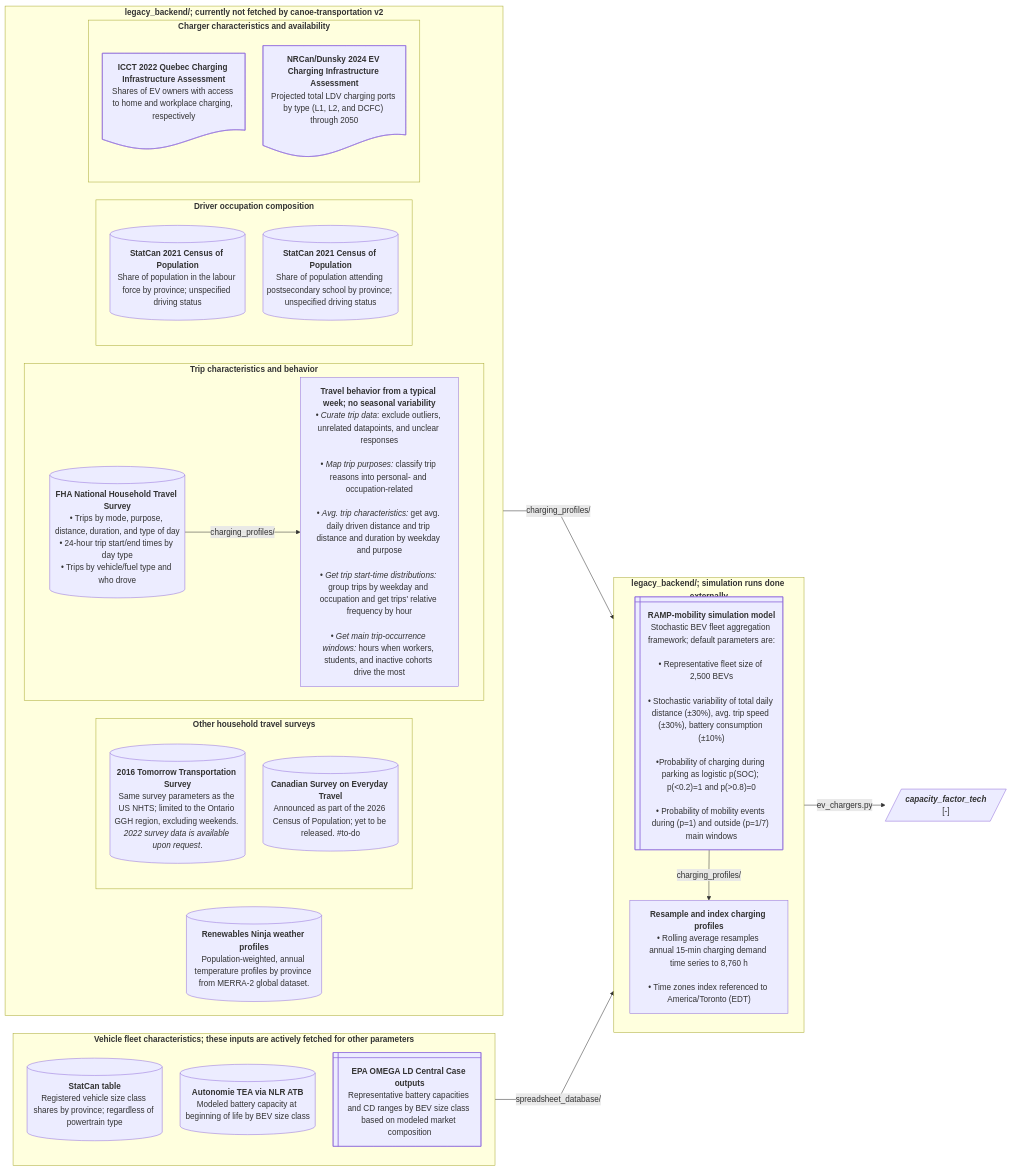
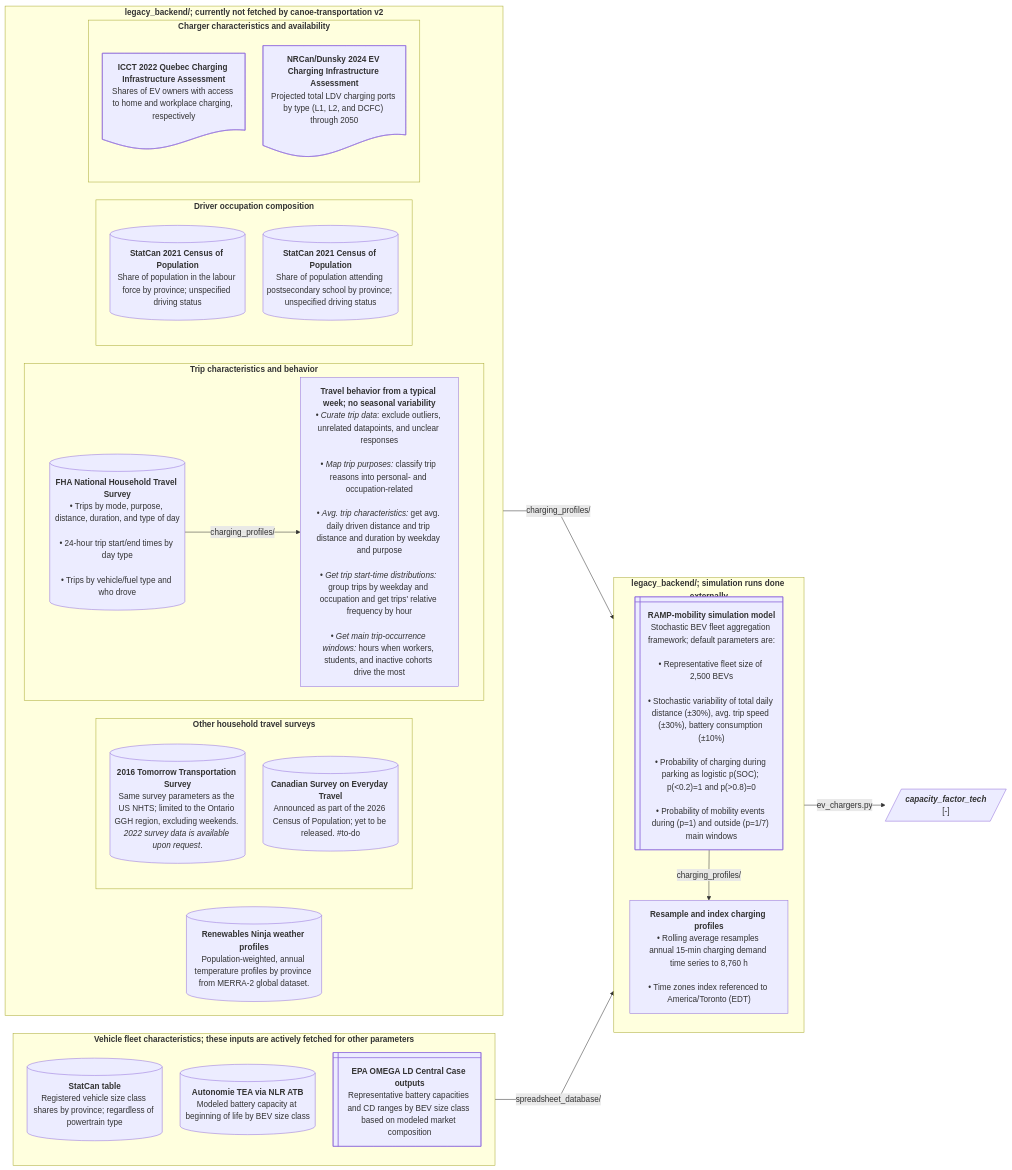
Before and after one commit to CANOE-main/canoe-transportation: the tenth of 12 diagrams in docs/etl_flowcharts.md, drawn with Mermaid. The commit also changed other lines of this file and 10 other files, not shown here.

```diff
--- a/docs/etl_flowcharts.md
+++ b/docs/etl_flowcharts.md
@@ -684,51 +837,77 @@
     curve: linear
 ---
 flowchart LR
-	%% --- Sources ---
+  %% ########### Sources ###########
   subgraph vehicle["`**Vehicle fleet characteristics; these inputs are actively fetched for other parameters**`"]
-  direction TB
-    s3[("`**StatCan table**<br>Registered vehicle size class shares by province; regardless of powertrain type`")]
-    s8[("`**Autonomie TEA via NLR ATB**<br>Modeled battery capacity at beginning of life by BEV size class`")]
-    s9@{shape: win-pane, label: "**EPA OMEGA LD Central Case outputs**<br>Representative battery capacities and CD ranges by BEV size class based on modeled market composition"}
+    direction TB
+    s3[("`**StatCan table**
+      Registered vehicle size class shares by province; regardless of powertrain type`")]
+    s8[("`**Autonomie TEA via NLR ATB**
+      Modeled battery capacity at beginning of life by BEV size class`")]
+    s9@{shape: win-pane, label: "**EPA OMEGA LD Central Case outputs**
+      Representative battery capacities and CD ranges by BEV size class based on modeled market composition"}
   end
 
   subgraph legacy["`**legacy_backend/; currently not fetched by canoe-transportation v2**`"]
-    s0[("`**Renewables Ninja weather profiles**<br>Population-weighted, annual temperature profiles by province from MERRA-2 global dataset.`")]
-  direction LR
+    s0[("`**Renewables Ninja weather profiles**
+      Population-weighted, annual temperature profiles by province from MERRA-2 global dataset.`")]
+    direction LR
     subgraph trip_other["`**Other household travel surveys**`"]
-      s1_2[("`**2016 Tomorrow Transportation Survey**<br>Same survey parameters as the US NHTS; limited to the Ontario GGH region, excluding weekends. *2022 survey data is available upon request*.`")]
-      s2[("`**Canadian Survey on Everyday Travel**<br>Announced as part of the 2026 Census of Population; yet to be released. #to-do`")]
+      s1_2[("`**2016 Tomorrow Transportation Survey**
+        Same survey parameters as the US NHTS; limited to the Ontario GGH region, excluding weekends. *2022 survey data is available upon request*.`")]
+      s2[("`**Canadian Survey on Everyday Travel**
+        Announced as part of the 2026 Census of Population; yet to be released. #to-do`")]
     end
 
     subgraph trip["`**Trip characteristics and behavior**`"]
       direction LR
-      s1[("`**FHA National Household Travel Survey**<br>• Trips by mode, purpose, distance, duration, and type of day<br>• 24-hour trip start/end times by day type<br>• Trips by vehicle/fuel type and who drove`")]
-      p1["`**Travel behavior from a typical week; no seasonal variability**<br>• *Curate trip data*: exclude outliers, unrelated datapoints, and unclear responses<br><br>• *Map trip purposes:* classify trip reasons into personal- and occupation-related<br><br>• *Avg. trip characteristics:* get avg. daily driven distance and trip distance and duration by weekday and purpose<br><br>• *Get trip start-time distributions:* group trips by weekday and occupation and get trips' relative frequency by hour<br><br>• *Get main trip-occurrence windows:* hours when workers, students, and inactive cohorts drive the most`"]
+      s1[("`**FHA National Household Travel Survey**
+        • Trips by mode, purpose, distance, duration, and type of day<br>
+        • 24-hour trip start/end times by day type<br>
+        • Trips by vehicle/fuel type and who drove`")]
+      p1["`**Travel behavior from a typical week; no seasonal variability**
+        • *Curate trip data*: exclude outliers, unrelated datapoints, and unclear responses<br>
+        • *Map trip purposes:* classify trip reasons into personal- and occupation-related<br>
+        • *Avg. trip characteristics:* get avg. daily driven distance and trip distance and duration by weekday and purpose<br>
+        • *Get trip start-time distributions:* group trips by weekday and occupation and get trips' relative frequency by hour<br>
+        • *Get main trip-occurrence windows:* hours when workers, students, and inactive cohorts drive the most`"]
       s1 -- charging_profiles/ --> p1
     end
 
     subgraph driver["`**Driver occupation composition**`"]
-      s4[("`**StatCan 2021 Census of Population**<br>Share of population in the labour force by province; unspecified driving status`")]
-      s5[("`**StatCan 2021 Census of Population**<br>Share of population attending postsecondary school by province; unspecified driving status`")]
+      s4[("`**StatCan 2021 Census of Population**
+        Share of population in the labour force by province; unspecified driving status`")]
+      s5[("`**StatCan 2021 Census of Population**
+        Share of population attending postsecondary school by province; unspecified driving status`")]
     end
 
     subgraph charger["`**Charger characteristics and availability**`"]
-      s6@{shape: doc, label: "**ICCT 2022 Quebec Charging Infrastructure Assessment**<br>Shares of EV owners with access to home and workplace charging, respectively"}
-      s7@{shape: doc, label: "**NRCan/Dunsky 2024 EV Charging Infrastructure Assessment**<br>Projected total LDV charging ports by type (L1, L2, and DCFC) through 2050<br>"}
+      s6@{shape: doc, label: "**ICCT 2022 Quebec Charging Infrastructure Assessment**
+        Shares of EV owners with access to home and workplace charging, respectively"}
+      s7@{shape: doc, label: "**NRCan/Dunsky 2024 EV Charging Infrastructure Assessment**
+        Projected total LDV charging ports by type (L1, L2, and DCFC) through 2050"}
     end
   end
 
-  %% --- Processes ---
+  %% ########### Processes ###########
   subgraph ramp["`**legacy_backend/; simulation runs done externally**`"]
-  direction TB
-    p2@{shape: win-pane, label: "**RAMP-mobility simulation model**<br>Stochastic BEV fleet aggregation framework; default parameters are:<br><br>• Representative fleet size of 2,500 BEVs<br><br>• Stochastic variability of total daily distance (±30%), avg. trip speed (±30%), battery consumption (±10%)<br><br>•Probability of charging during parking as logistic p(SOC); p(<0.2)=1 and p(>0.8)=0<br><br>• Probability of mobility events during (p=1) and outside (p=1/7) main windows"}
-    p3["`**Resample and index charging profiles**<br>• Rolling average resamples annual 15-min charging demand time series to 8,760 h<br><br>• Time zones index referenced to America/Toronto (EDT)`"]
+    direction TB
+    p2@{shape: win-pane, label: "**RAMP-mobility simulation model**
+      Stochastic BEV fleet aggregation framework; default parameters are:<br>
+      • Representative fleet size of 2,500 BEVs<br>
+      • Stochastic variability of total daily distance (±30%), avg. trip speed (±30%), battery consumption (±10%)<br>
+      • Probability of charging during parking as logistic p(SOC); p(<0.2)=1 and p(>0.8)=0<br>
+      • Probability of mobility events during (p=1) and outside (p=1/7) main windows"}
+    p3["`**Resample and index charging profiles**
+      • Rolling average resamples annual 15-min charging demand time series to 8,760 h<br>
+      • Time zones index referenced to America/Toronto (EDT)`"]
   end
   p2 -- charging_profiles/ --> p3
   legacy -- charging_profiles/ --> ramp
   vehicle -- spreadsheet_database/ --> ramp
 
-  ramp -- ev_chargers.py --> o1[/"`***capacity_factor_tech***<br>[-]`"/]
+  ramp -- ev_chargers.py --> o1[/"`***capacity_factor_tech***
+    [-]`"/]
 
   %% --- Hyperlinks ---
   click s0 "https://www.renewables.ninja/"
```
